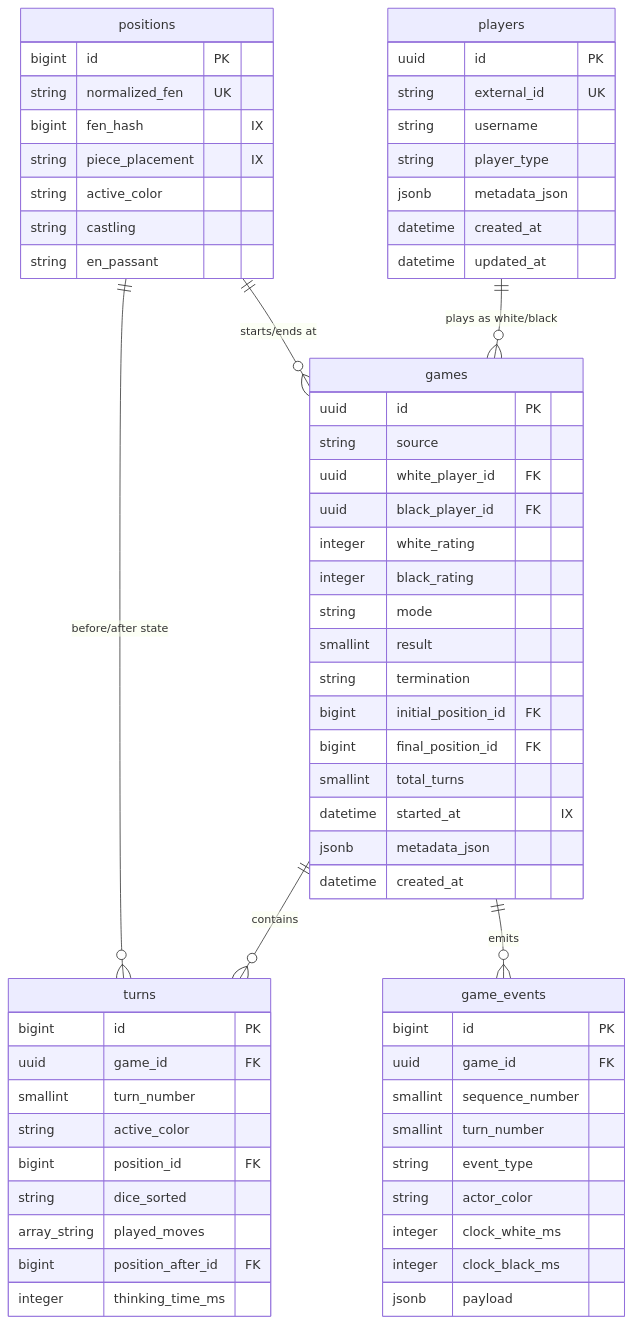
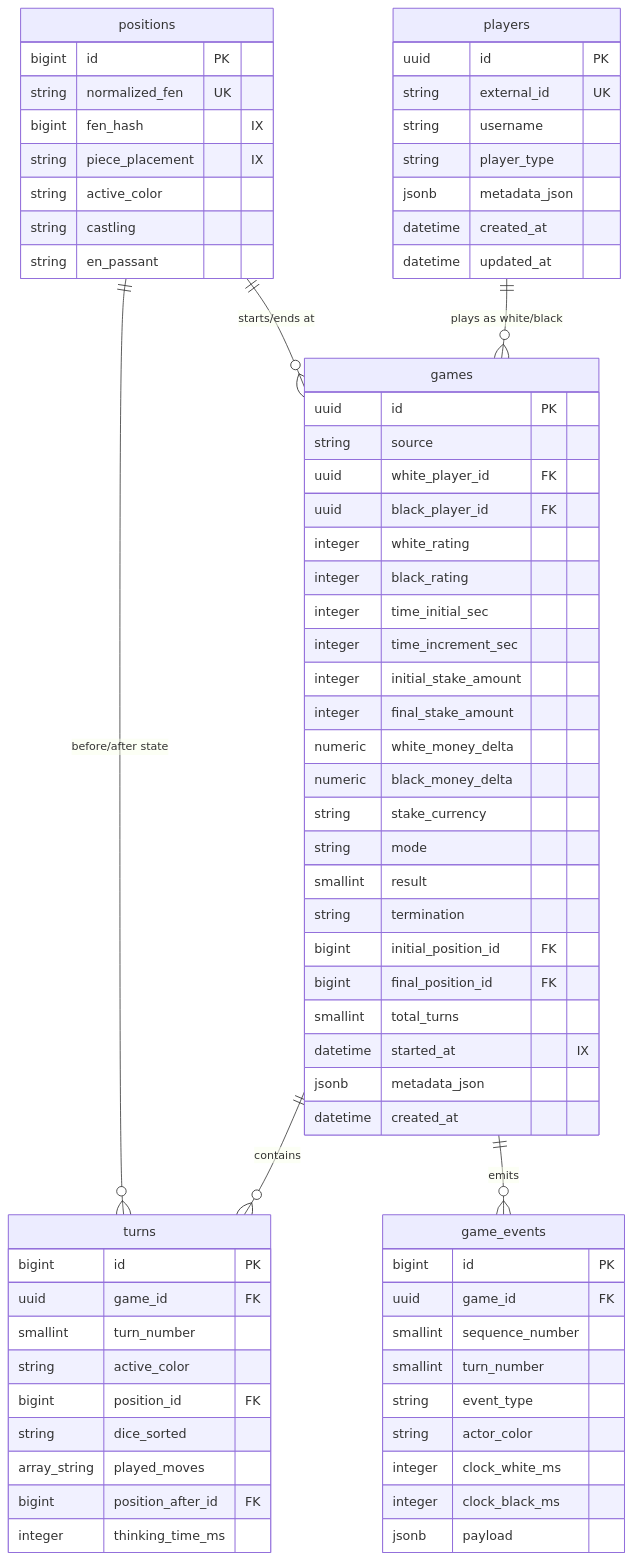
One commit to rabestro/dicechess-analytics changed the diagram in docs/architecture.md. Above: the diagram before and after it, drawn with Mermaid. The commit also changed other lines of this file and 6 other files, not shown here.

Commit message:
feat: Extract time control and stake to native columns

````diff
--- a/docs/architecture.md
+++ b/docs/architecture.md
@@ -11,70 +11,77 @@
 ```mermaid
 erDiagram
     players {
         uuid id PK
         string external_id UK
         string username
         string player_type
         jsonb metadata_json
         datetime created_at
         datetime updated_at
     }
 
     positions {
         bigint id PK
         string normalized_fen UK
         bigint fen_hash "IX"
         string piece_placement "IX"
         string active_color
         string castling
         string en_passant
     }
 
     games {
         uuid id PK
         string source
         uuid white_player_id FK
         uuid black_player_id FK
         integer white_rating
         integer black_rating
+        integer time_initial_sec
+        integer time_increment_sec
+        integer initial_stake_amount
+        integer final_stake_amount
+        numeric white_money_delta
+        numeric black_money_delta
+        string stake_currency
         string mode
         smallint result
         string termination
         bigint initial_position_id FK
         bigint final_position_id FK
         smallint total_turns
         datetime started_at "IX"
         jsonb metadata_json
         datetime created_at
     }
 
     turns {
         bigint id PK
         uuid game_id FK
         smallint turn_number
         string active_color
         bigint position_id FK
         string dice_sorted
         array_string played_moves
         bigint position_after_id FK
         integer thinking_time_ms
     }
 
     game_events {
         bigint id PK
         uuid game_id FK
         smallint sequence_number
         smallint turn_number
         string event_type
         string actor_color
         integer clock_white_ms
         integer clock_black_ms
         jsonb payload
     }
 
     players ||--o{ games : "plays as white/black"
     positions ||--o{ games : "starts/ends at"
     games ||--o{ turns : "contains"
     positions ||--o{ turns : "before/after state"
     games ||--o{ game_events : "emits"
 ```
````
